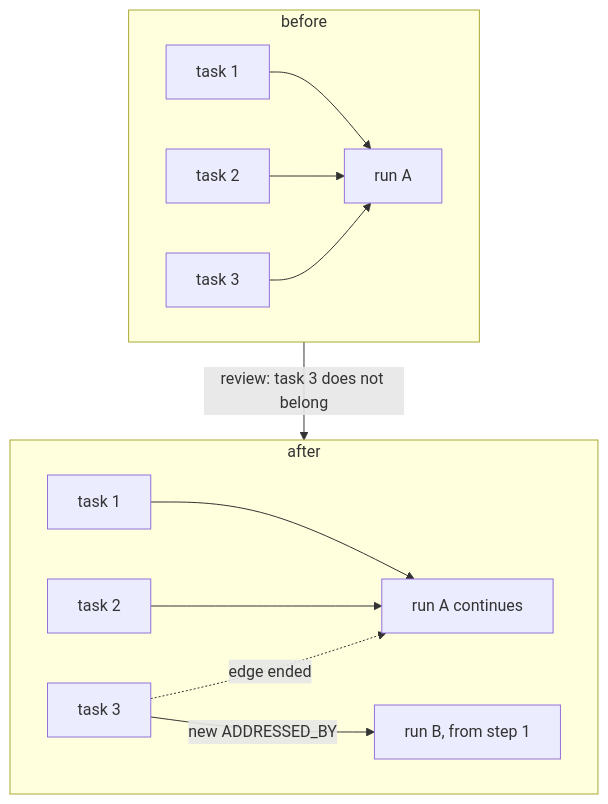
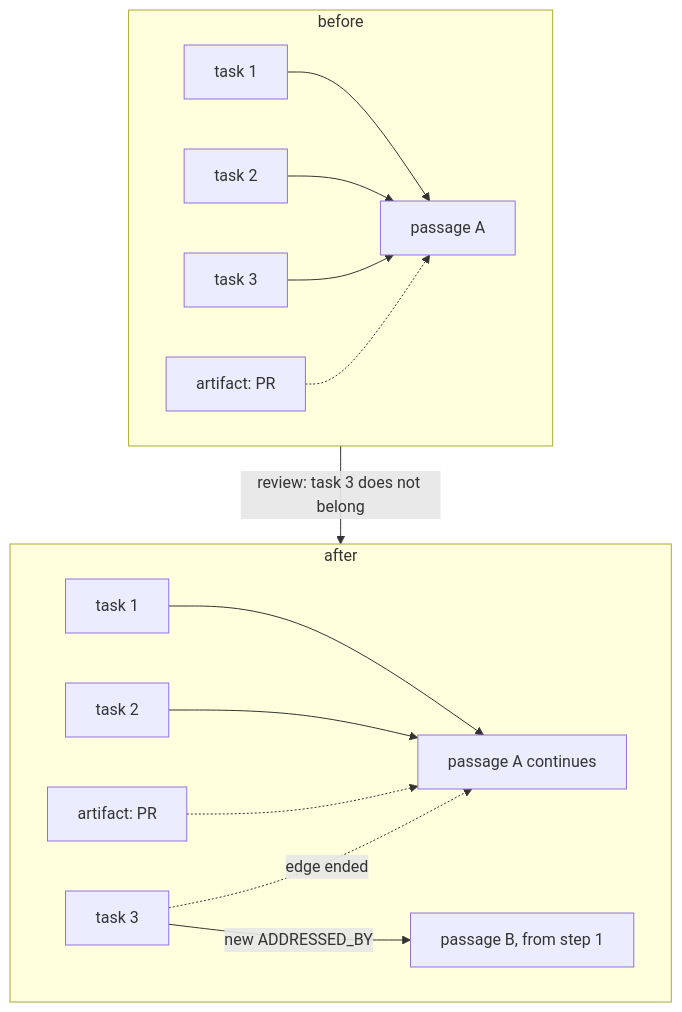
Before and after one commit to markmhendrickson/ateles: the fifth of 9 diagrams in docs/foundation/scenarios.md, drawn with Mermaid. The commit also changed other lines of this file and 8 other files, not shown here.

First line of the commit message:
docs(foundation): revision 4 — retire work item, no push path, passage and sign-off replace the _run entities

````diff
--- a/docs/foundation/scenarios.md
+++ b/docs/foundation/scenarios.md
@@ -155,15 +162,17 @@
 ```mermaid
 flowchart TD
     subgraph before
-        T1a[task 1] --> Ra[run A]
+        T1a[task 1] --> Ra[passage A]
         T2a[task 2] --> Ra
         T3a[task 3] --> Ra
+        PRa[artifact: PR] -.-> Ra
     end
     before -->|review: task 3 does not belong| after
     subgraph after
-        T1b[task 1] --> Rb[run A continues]
+        T1b[task 1] --> Rb[passage A continues]
         T2b[task 2] --> Rb
+        PRb[artifact: PR] -.-> Rb
         T3b[task 3] -.->|edge ended| Rb
-        T3b -->|new ADDRESSED_BY| Rc[run B, from step 1]
+        T3b -->|new ADDRESSED_BY| Rc[passage B, from step 1]
     end
 ```
````
